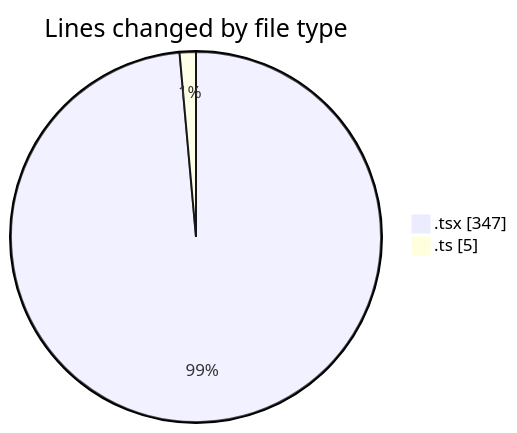
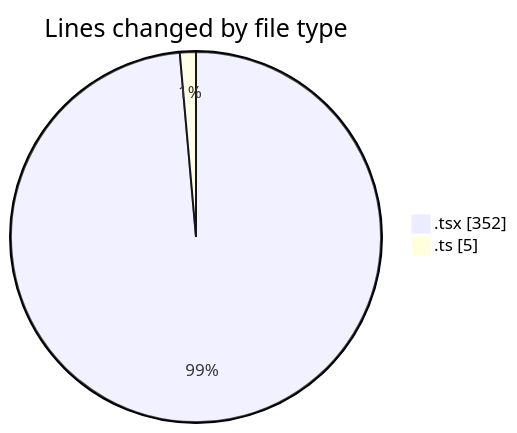
Before and after one commit to robertbonfada/code-tracking: the first of 2 diagrams in 2025-02-19/mbc-web/README.md, drawn with Mermaid. The commit also changed other lines of this file and 1 other file, not shown here.

````diff
--- a/2025-02-19/mbc-web/README.md
+++ b/2025-02-19/mbc-web/README.md
@@ -25,6 +25,6 @@
 ```mermaid
 pie showData
 title Lines changed by file type
-".tsx" : 347
+".tsx" : 352
 ".ts" : 5
 ```
````
